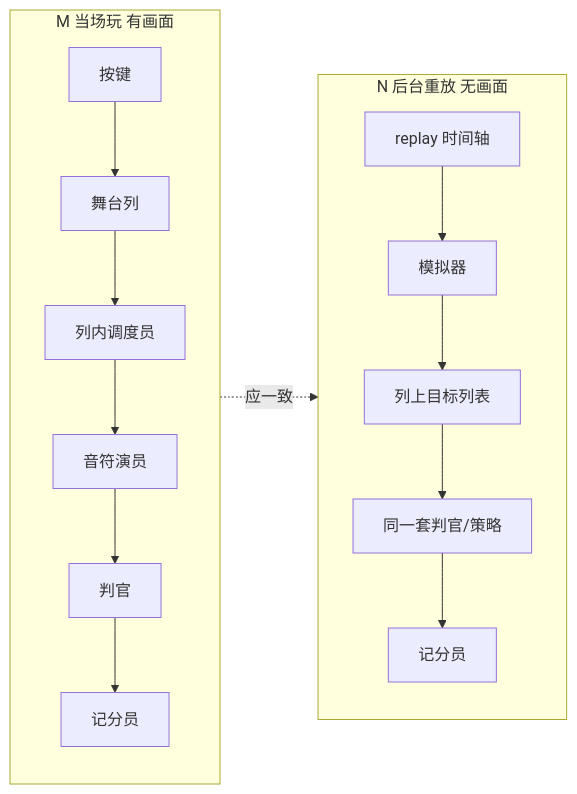
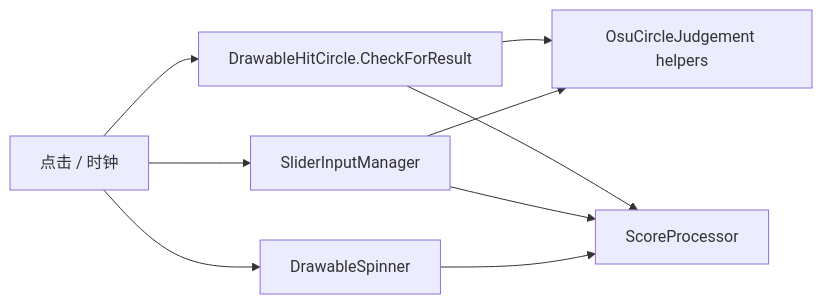
One commit to SK-la/Ez2Lazer changed the second of 2 diagrams in docs/MANIA-JUDGEMENT-RUNTIME.md. Above: the diagram before and after it, drawn with Mermaid. The commit also changed other lines of this file and 2 other files, not shown here.

First line of the commit message:
docs(Mania): lock in-game judgement topology and dual-path unify order.

````diff
--- a/docs/MANIA-JUDGEMENT-RUNTIME.md
+++ b/docs/MANIA-JUDGEMENT-RUNTIME.md
@@ -50,19 +235,17 @@
 ```mermaid
 flowchart LR
-    subgraph M [M 当场玩 有画面]
-        Key[按键] --> Col[舞台列]
-        Col --> Lane[列内调度员]
-        Lane --> Note[音符演员]
-        Note --> Judge[判官]
-        Judge --> SP[记分员]
-    end
-
-    subgraph N [N 后台重放 无画面]
-        Rep[replay 时间轴] --> Sim[模拟器]
-        Sim --> LaneN[列上目标列表]
-        LaneN --> Judge2[同一套判官/策略]
-        Judge2 --> SP2[记分员]
-    end
-
-    M -.->|应一致| N
+  Input[点击 / 时钟]
+  DHC[DrawableHitCircle.CheckForResult]
+  Helper[OsuCircleJudgement helpers]
+  SIM[SliderInputManager]
+  DSp[DrawableSpinner]
+  SP[ScoreProcessor]
+  Input --> DHC
+  DHC --> Helper
+  Input --> SIM
+  SIM --> Helper
+  Input --> DSp
+  DHC --> SP
+  SIM --> SP
+  DSp --> SP
 ```
````
